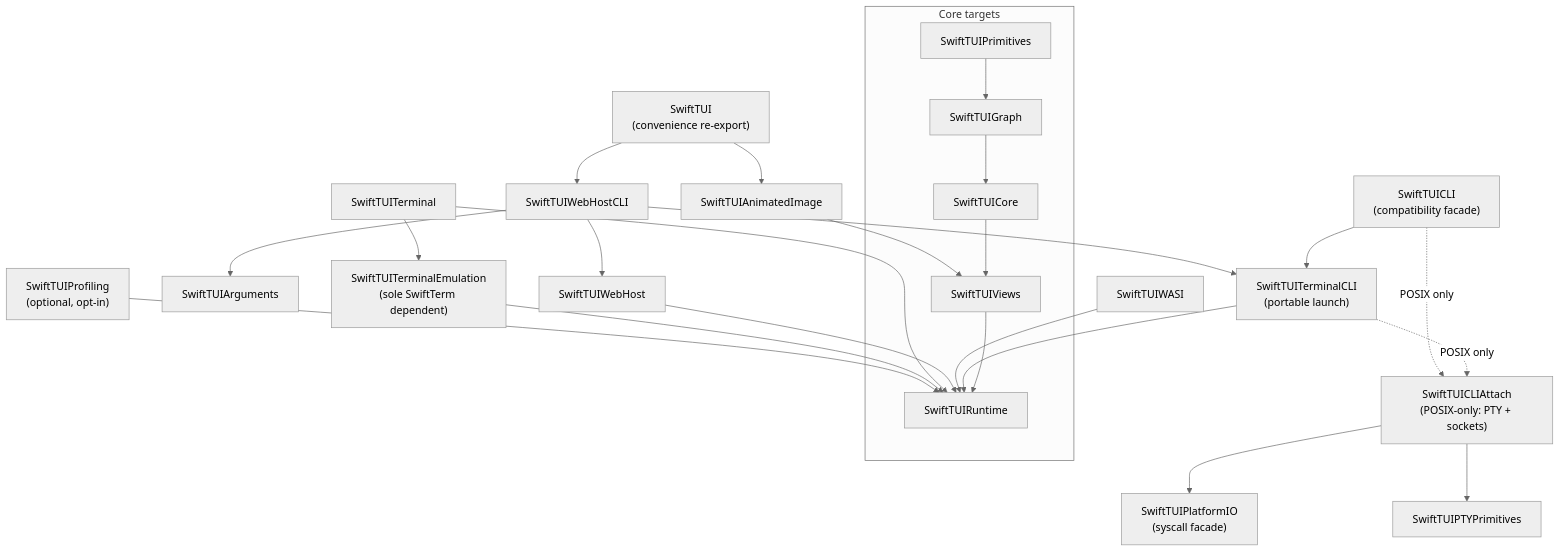
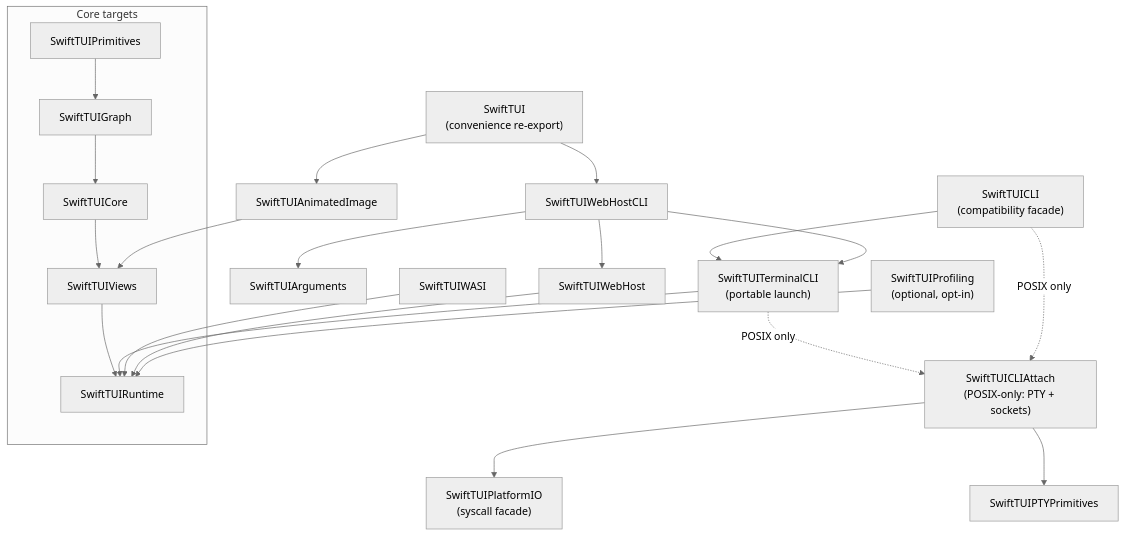
One commit to SwiftTUI/swift-tui changed the second of 2 diagrams in docs/ARCHITECTURE.md. Above: the diagram before and after it, drawn with Mermaid (neutral theme). The commit also changed other lines of this file and 40 other files, not shown here.

````diff
--- a/docs/ARCHITECTURE.md
+++ b/docs/ARCHITECTURE.md
@@ -52,37 +52,34 @@
 ```mermaid
 flowchart TD
     subgraph engine["Core targets"]
         SwiftTUIPrimitives
         SwiftTUIGraph
         SwiftTUICore
         SwiftTUIViews
         SwiftTUIRuntime
     end
     SwiftTUIPrimitives --> SwiftTUIGraph
     SwiftTUIGraph --> SwiftTUICore
     SwiftTUICore --> SwiftTUIViews
     SwiftTUIViews --> SwiftTUIRuntime
 
     SwiftTUIArguments
     SwiftTUITerminalCLI["SwiftTUITerminalCLI<br/>(portable launch)"] --> SwiftTUIRuntime
     SwiftTUITerminalCLI -.->|POSIX only| SwiftTUICLIAttach
     SwiftTUICLIAttach["SwiftTUICLIAttach<br/>(POSIX-only: PTY + sockets)"] --> SwiftTUIPlatformIO
     SwiftTUICLIAttach --> SwiftTUIPTYPrimitives
     SwiftTUIPlatformIO["SwiftTUIPlatformIO<br/>(syscall facade)"]
     SwiftTUICLI["SwiftTUICLI<br/>(compatibility facade)"] --> SwiftTUITerminalCLI
     SwiftTUICLI -.->|POSIX only| SwiftTUICLIAttach
     SwiftTUI["SwiftTUI<br/>(convenience re-export)"]
     SwiftTUI --> SwiftTUIWebHostCLI
     SwiftTUI --> SwiftTUIAnimatedImage
 
     SwiftTUIWASI --> SwiftTUIRuntime
     SwiftTUIWebHost --> SwiftTUIRuntime
     SwiftTUIWebHostCLI --> SwiftTUIWebHost
     SwiftTUIWebHostCLI --> SwiftTUITerminalCLI
     SwiftTUIWebHostCLI --> SwiftTUIArguments
-    SwiftTUITerminal --> SwiftTUIRuntime
-    SwiftTUITerminal --> SwiftTUITerminalEmulation
-    SwiftTUITerminalEmulation["SwiftTUITerminalEmulation<br/>(sole SwiftTerm dependent)"] --> SwiftTUIRuntime
     SwiftTUIAnimatedImage --> SwiftTUIViews
     SwiftTUIProfiling["SwiftTUIProfiling<br/>(optional, opt-in)"] --> SwiftTUIRuntime
 ```
````
